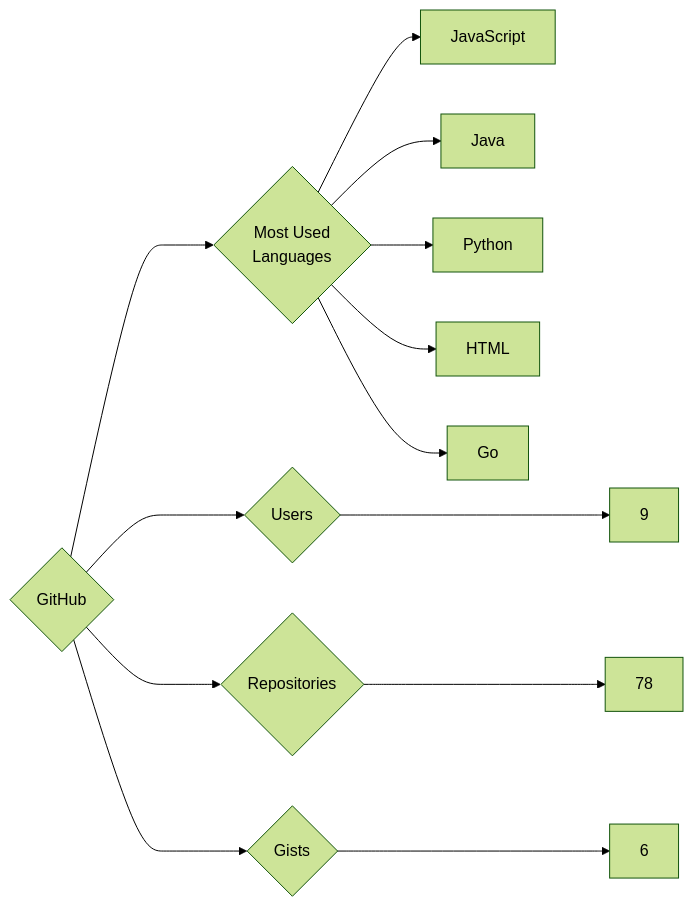
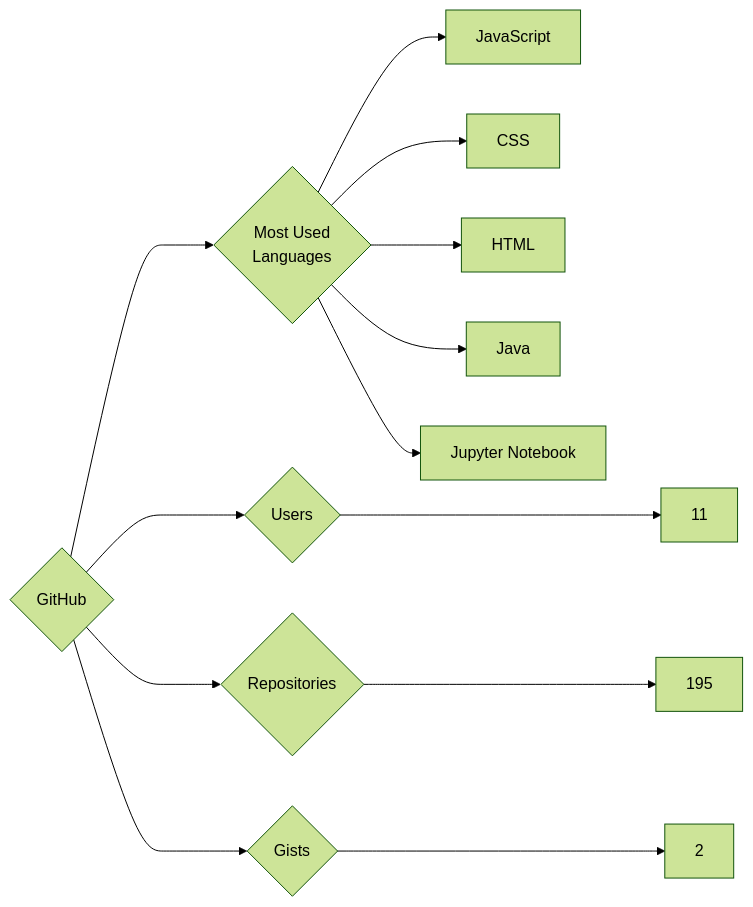
One commit to trickest/insiders changed the diagram in targets/GitHub/README.md. Above: the diagram before and after it, drawn with Mermaid (forest theme). The commit also changed 1055 other files, not shown here.

````diff
--- a/targets/GitHub/README.md
+++ b/targets/GitHub/README.md
@@ -3,13 +3,13 @@
 ```mermaid
 graph LR
 COMPANY_NAME{GitHub}
-COMPANY_NAME ---> U{Users} ---> UN[9]
-COMPANY_NAME ---> R{Repositories} ---> RN[78]
-COMPANY_NAME ---> G{Gists} ---> GN[6]
+COMPANY_NAME ---> U{Users} ---> UN[11]
+COMPANY_NAME ---> R{Repositories} ---> RN[195]
+COMPANY_NAME ---> G{Gists} ---> GN[2]
 COMPANY_NAME ---> ML{Most Used<br>Languages}
 ML --> JavaScript[JavaScript]
+ML --> CSS[CSS]
+ML --> HTML[HTML]
 ML --> Java[Java]
-ML --> Python[Python]
-ML --> HTML[HTML]
-ML --> Go[Go]
+ML --> Jupyter_Notebook[Jupyter Notebook]
 ```
````
